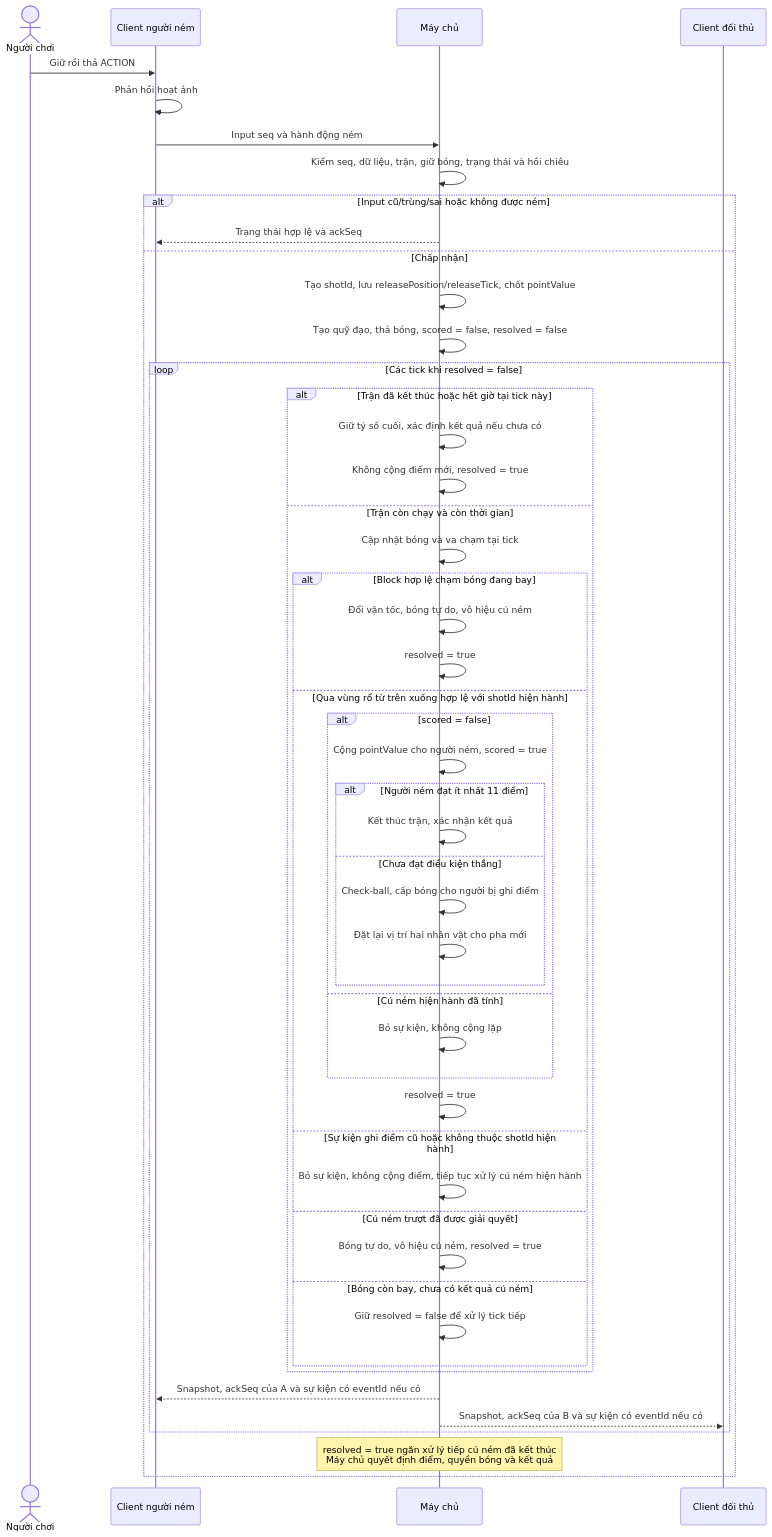
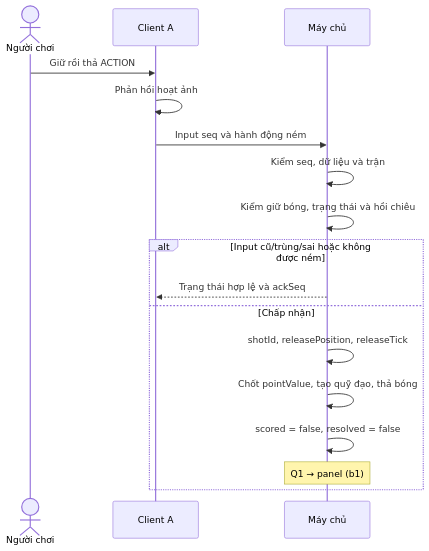
The eighth of 18 diagrams in thesis/03-xay-dung-game.md (QHT2910/LuanVanTotNghiep), drawn with Mermaid before and after one commit. The commit also changed other lines of this file and 79 other files, not shown here.

Commit message:
Sửa bản xuất luận văn v0.6: công thức, panel và ngắt trang

````diff
--- a/thesis/03-xay-dung-game.md
+++ b/thesis/03-xay-dung-game.md
@@ -244,52 +325,21 @@
 ```mermaid
 sequenceDiagram
-  %% Thiết kế đề xuất. resolved chỉ là cờ điều khiển vòng xử lý cú ném trong sơ đồ.
   actor P as Người chơi
-  participant A as Client người ném
+  participant A as Client A
   participant S as Máy chủ
-  participant B as Client đối thủ
+
   P->>A: Giữ rồi thả ACTION
   A->>A: Phản hồi hoạt ảnh
   A->>S: Input seq và hành động ném
-  S->>S: Kiểm seq, dữ liệu, trận, giữ bóng, trạng thái và hồi chiêu
+  S->>S: Kiểm seq, dữ liệu và trận
+  S->>S: Kiểm giữ bóng, trạng thái và hồi chiêu
+
   alt Input cũ/trùng/sai hoặc không được ném
     S-->>A: Trạng thái hợp lệ và ackSeq
   else Chấp nhận
-    S->>S: Tạo shotId, lưu releasePosition/releaseTick, chốt pointValue
-    S->>S: Tạo quỹ đạo, thả bóng, scored = false, resolved = false
-    loop Các tick khi resolved = false
-      alt Trận đã kết thúc hoặc hết giờ tại tick này
-        S->>S: Giữ tỷ số cuối, xác định kết quả nếu chưa có
-        S->>S: Không cộng điểm mới, resolved = true
-      else Trận còn chạy và còn thời gian
-        S->>S: Cập nhật bóng và va chạm tại tick
-        alt Block hợp lệ chạm bóng đang bay
-          S->>S: Đổi vận tốc, bóng tự do, vô hiệu cú ném
-          S->>S: resolved = true
-        else Qua vùng rổ từ trên xuống hợp lệ với shotId hiện hành
-          alt scored = false
-            S->>S: Cộng pointValue cho người ném, scored = true
-            alt Người ném đạt ít nhất 11 điểm
-              S->>S: Kết thúc trận, xác nhận kết quả
-            else Chưa đạt điều kiện thắng
-              S->>S: Check-ball, cấp bóng cho người bị ghi điểm
-              S->>S: Đặt lại vị trí hai nhân vật cho pha mới
-            end
-          else Cú ném hiện hành đã tính
-            S->>S: Bỏ sự kiện, không cộng lặp
-          end
-          S->>S: resolved = true
-        else Sự kiện ghi điểm cũ hoặc không thuộc shotId hiện hành
-          S->>S: Bỏ sự kiện, không cộng điểm, tiếp tục xử lý cú ném hiện hành
-        else Cú ném trượt đã được giải quyết
-          S->>S: Bóng tự do, vô hiệu cú ném, resolved = true
-        else Bóng còn bay, chưa có kết quả cú ném
-          S->>S: Giữ resolved = false để xử lý tick tiếp
-        end
-      end
-      S-->>A: Snapshot, ackSeq của A và sự kiện có eventId nếu có
-      S-->>B: Snapshot, ackSeq của B và sự kiện có eventId nếu có
-    end
-    Note over S: resolved = true ngăn xử lý tiếp cú ném đã kết thúc<br/>Máy chủ quyết định điểm, quyền bóng và kết quả
+    S->>S: shotId, releasePosition, releaseTick
+    S->>S: Chốt pointValue, tạo quỹ đạo, thả bóng
+    S->>S: scored = false, resolved = false
+    Note over S: Q1 → panel (b1)
   end
 ```
````
